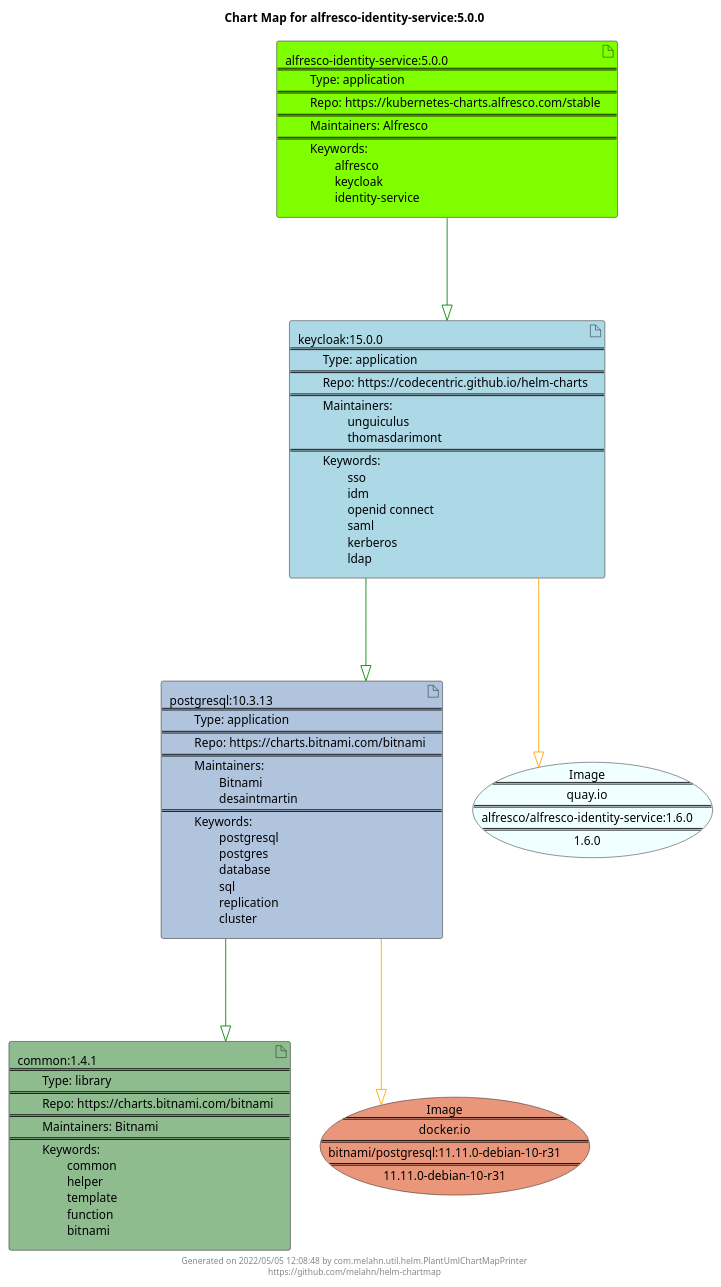
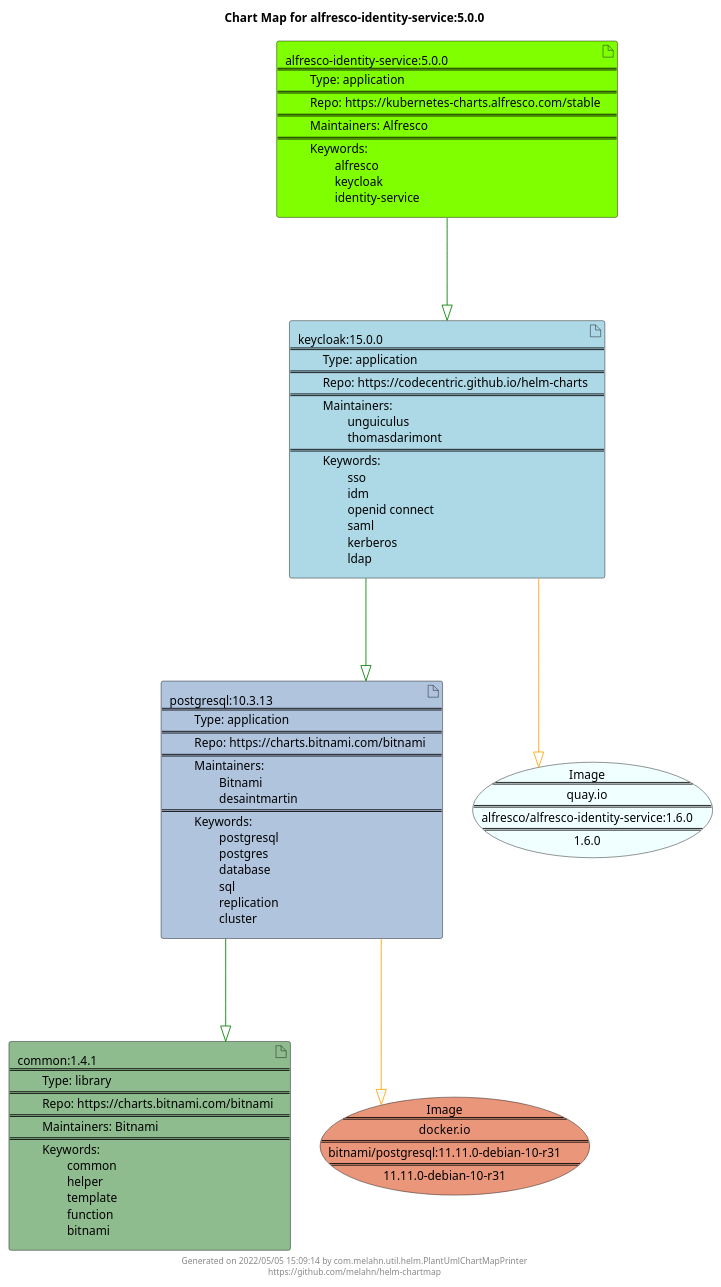
Before and after one commit to melahn/helm-chartmap: the diagram in docs/alfresco-identity-service/alfresco-identity-service-5.0.0.puml, drawn with PlantUML. The commit also changed 57 other files, not shown here.

Commit message:
Update Example Chart Maps as part of GitHub build

```diff
--- a/docs/alfresco-identity-service/alfresco-identity-service-5.0.0.puml
+++ b/docs/alfresco-identity-service/alfresco-identity-service-5.0.0.puml
@@ -1,29 +1,29 @@
 @startuml
 skinparam linetype ortho
 skinparam backgroundColor white
 skinparam usecaseBorderColor black
 skinparam usecaseArrowColor LightSlateGray
 skinparam artifactBorderColor black
 skinparam artifactArrowColor LightSlateGray
 
 title Chart Map for alfresco-identity-service:5.0.0
 
 'There are 4 referenced Helm Charts
 artifact "common:1.4.1\n====\n\tType: library\n====\n\tRepo: https://charts.bitnami.com/bitnami\n====\n\tMaintainers: Bitnami\n====\n\tKeywords: \n\t\tcommon\n\t\thelper\n\t\ttemplate\n\t\tfunction\n\t\tbitnami" as common_1_4_1 #DarkSeaGreen
 artifact "alfresco-identity-service:5.0.0\n====\n\tType: application\n====\n\tRepo: https://kubernetes-charts.alfresco.com/stable\n====\n\tMaintainers: Alfresco\n====\n\tKeywords: \n\t\talfresco\n\t\tkeycloak\n\t\tidentity-service" as alfresco_identity_service_5_0_0 #Chartreuse
 artifact "postgresql:10.3.13\n====\n\tType: application\n====\n\tRepo: https://charts.bitnami.com/bitnami\n====\n\tMaintainers: \n\t\tBitnami\n\t\tdesaintmartin\n====\n\tKeywords: \n\t\tpostgresql\n\t\tpostgres\n\t\tdatabase\n\t\tsql\n\t\treplication\n\t\tcluster" as postgresql_10_3_13 #LightSteelBlue
 artifact "keycloak:15.0.0\n====\n\tType: application\n====\n\tRepo: https://codecentric.github.io/helm-charts\n====\n\tMaintainers: \n\t\tunguiculus\n\t\tthomasdarimont\n====\n\tKeywords: \n\t\tsso\n\t\tidm\n\t\topenid connect\n\t\tsaml\n\t\tkerberos\n\t\tldap" as keycloak_15_0_0 #LightBlue
 
 'There are 2 referenced Docker Images
 usecase "Image\n====\nquay.io\n====\nalfresco/alfresco-identity-service:1.6.0\n====\n1.6.0" as quay_io_alfresco_alfresco_identity_service_1_6_0 #Azure
 usecase "Image\n====\ndocker.io\n====\nbitnami/postgresql:11.11.0-debian-10-r31\n====\n11.11.0-debian-10-r31" as docker_io_bitnami_postgresql_11_11_0_debian_10_r31 #DarkSalmon
 
 'Chart Dependencies
 alfresco_identity_service_5_0_0--[#green]-|>keycloak_15_0_0
 keycloak_15_0_0--[#green]-|>postgresql_10_3_13
 postgresql_10_3_13--[#green]-|>common_1_4_1
 postgresql_10_3_13--[#orange]-|>docker_io_bitnami_postgresql_11_11_0_debian_10_r31
 keycloak_15_0_0--[#orange]-|>quay_io_alfresco_alfresco_identity_service_1_6_0
 
-center footer Generated on 2022/05/05 12:08:48 by com.melahn.util.helm.PlantUmlChartMapPrinter\nhttps://github.com/melahn/helm-chartmap
+center footer Generated on 2022/05/05 15:09:14 by com.melahn.util.helm.PlantUmlChartMapPrinter\nhttps://github.com/melahn/helm-chartmap
 @enduml
```
